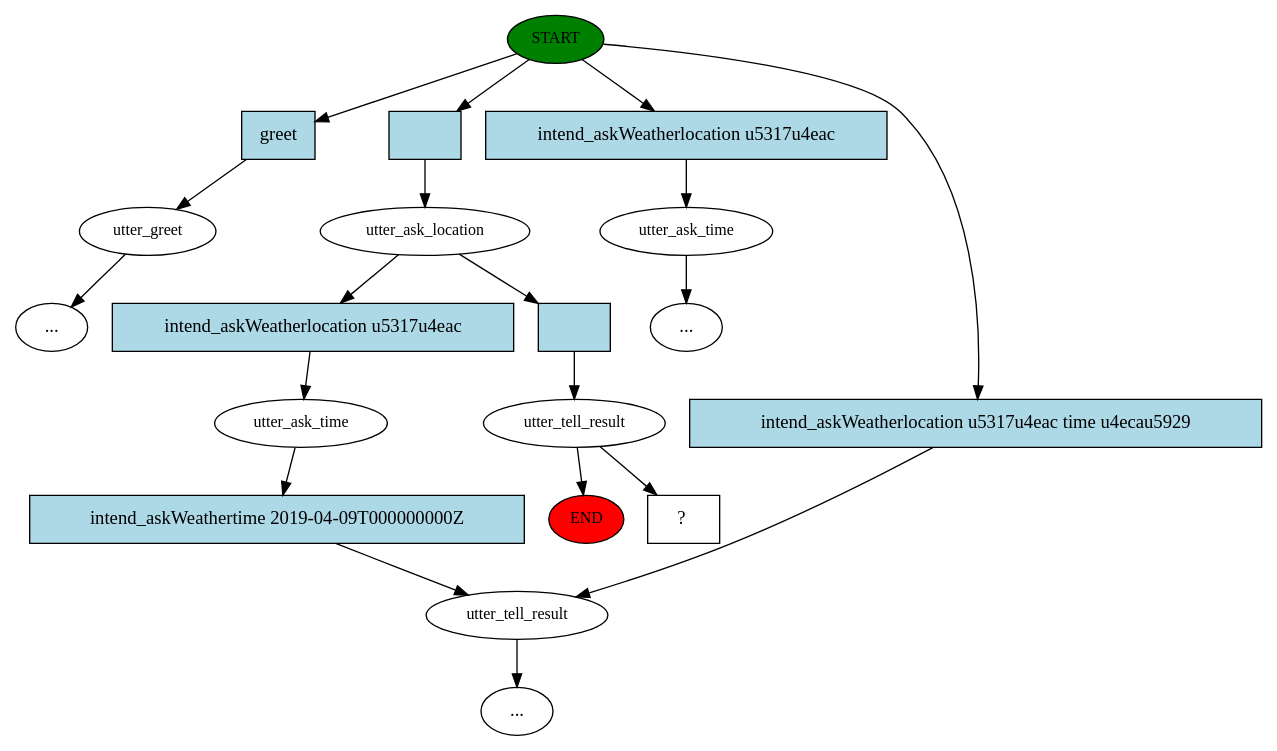
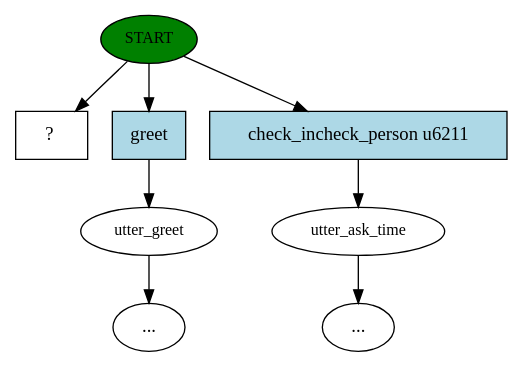
The diagram in story_graph.dot (tao2years/DSServer), drawn with Graphviz before and after one commit. The commit also changed 42 other files, not shown here.

```diff
--- a/story_graph.dot
+++ b/story_graph.dot
@@ -1,40 +1,17 @@
 digraph  {
 0 [class="start active", fillcolor=green, fontsize=12, label=START, style=filled];
-"-1" [class=end, fillcolor=red, fontsize=12, label=END, style=filled];
 1 [class="", fontsize=12, label=utter_greet];
 "-3" [class=ellipsis, label="..."];
-2 [class=active, fontsize=12, label=utter_ask_location];
-3 [class="", fontsize=12, label=utter_ask_time];
-4 [class="", fontsize=12, label=utter_tell_result];
-6 [class=active, fontsize=12, label=utter_tell_result];
-7 [class="", fontsize=12, label=utter_ask_time];
-"-5" [class=ellipsis, label="..."];
-"-7" [class=ellipsis, label="..."];
-14 [class="intent dashed active", label="  ?  ", shape=rect];
-15 [class=intent, fillcolor=lightblue, label=greet, shape=rect, style=filled];
-16 [class="intent active", fillcolor=lightblue, label="", shape=rect, style=filled];
-17 [class=intent, fillcolor=lightblue, label="intend_askWeatherlocation u5317u4eac", shape=rect, style=filled];
-18 [class=intent, fillcolor=lightblue, label="intend_askWeatherlocation u5317u4eac time u4ecau5929", shape=rect, style=filled];
-19 [class=intent, fillcolor=lightblue, label="intend_askWeatherlocation u5317u4eac", shape=rect, style=filled];
-20 [class="intent active", fillcolor=lightblue, label="", shape=rect, style=filled];
-21 [class=intent, fillcolor=lightblue, label="intend_askWeathertime 2019-04-09T000000000Z", shape=rect, style=filled];
-0 -> 15  [class="", key=0];
-0 -> 16  [class=active, key=0];
-0 -> 17  [class="", key=0];
-0 -> 18  [class="", key=0];
+2 [class="", fontsize=12, label=utter_ask_time];
+"-4" [class=ellipsis, label="..."];
+3 [class="intent dashed active", label="  ?  ", shape=rect];
+4 [class=intent, fillcolor=lightblue, label=greet, shape=rect, style=filled];
+5 [class=intent, fillcolor=lightblue, label="check_incheck_person u6211", shape=rect, style=filled];
+0 -> 3  [class=active, key=NONE, label=""];
+0 -> 4  [class="", key=0];
+0 -> 5  [class="", key=0];
 1 -> "-3"  [class="", key=NONE, label=""];
-2 -> 19  [class="", key=0];
-2 -> 20  [class=active, key=0];
-3 -> 21  [class="", key=0];
-4 -> "-7"  [class="", key=NONE, label=""];
-6 -> "-1"  [class="", key=NONE, label=""];
-6 -> 14  [class=active, key=NONE, label=""];
-7 -> "-5"  [class="", key=NONE, label=""];
-15 -> 1  [class="", key=0];
-16 -> 2  [class=active, key=0];
-17 -> 7  [class="", key=0];
-18 -> 4  [class="", key=0];
-19 -> 3  [class="", key=0];
-20 -> 6  [class=active, key=0];
-21 -> 4  [class="", key=0];
+2 -> "-4"  [class="", key=NONE, label=""];
+4 -> 1  [class="", key=0];
+5 -> 2  [class="", key=0];
 }
```
